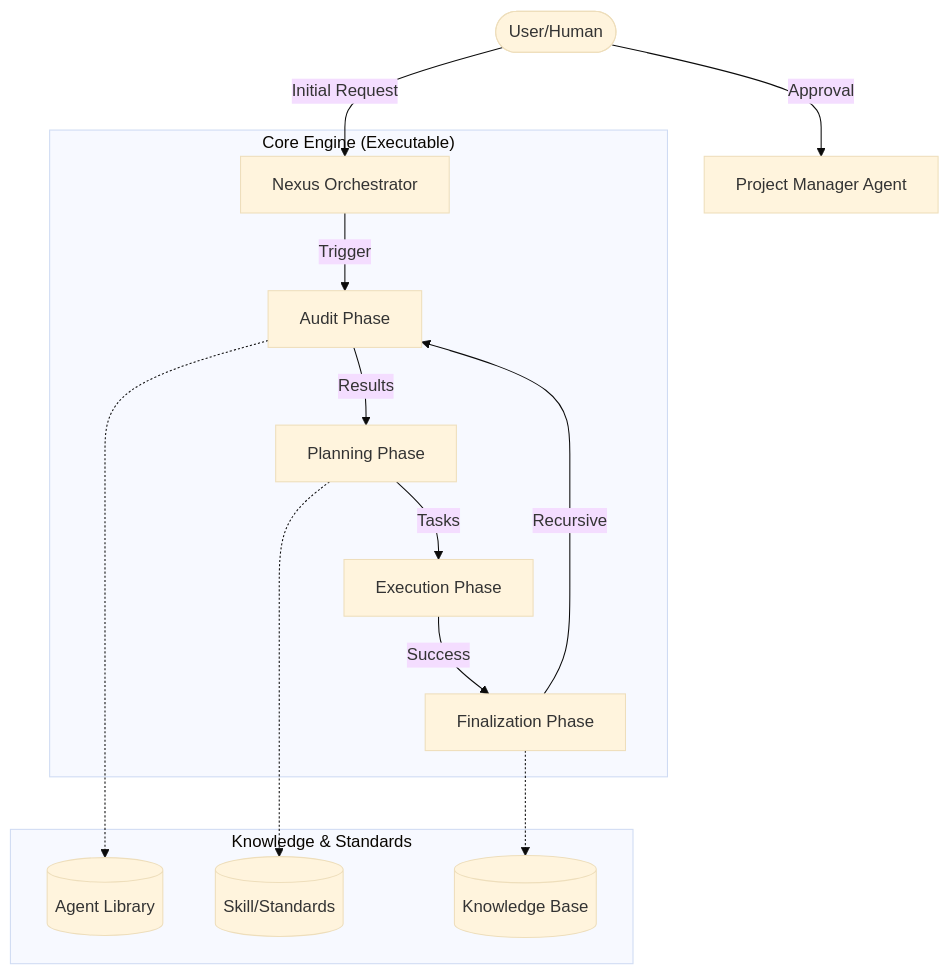
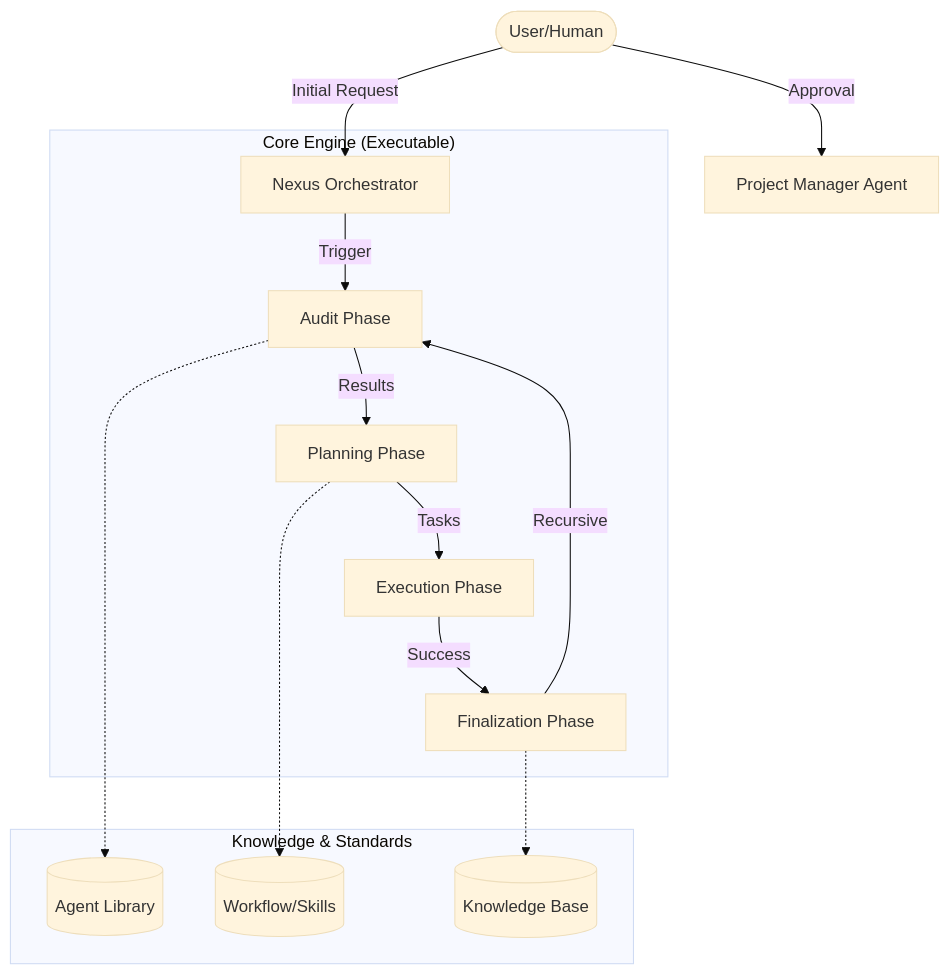
Before and after one commit to Faisal-Trainer/Human-AI-Nexus: the diagram in README.md, drawn with Mermaid (base theme). The commit also changed other lines of this file and 233 other files, not shown here.

````diff
--- a/README.md
+++ b/README.md
@@ -45,24 +45,24 @@
 ```mermaid
 graph TD
     User([User/Human]) -- Approval --> PM[Project Manager Agent]
     User -- Initial Request --> Orc[Nexus Orchestrator]
 
     subgraph "Core Engine (Executable)"
         Orc -- Trigger --> Audit[Audit Phase]
         Audit -- Results --> Plan[Planning Phase]
         Plan -- Tasks --> Exec[Execution Phase]
         Exec -- Success --> Record[Finalization Phase]
     end
 
     subgraph "Knowledge & Standards"
         Agent[(Agent Library)]
-        Skill[(Skill/Standards)]
+        Workflow[(Workflow/Skills)]
         Knowledge[(Knowledge Base)]
     end
 
     Audit -.-> Agent
-    Plan -.-> Skill
+    Plan -.-> Workflow
     Record -.-> Knowledge
 
     Record -- Recursive --> Audit
 ```
````
